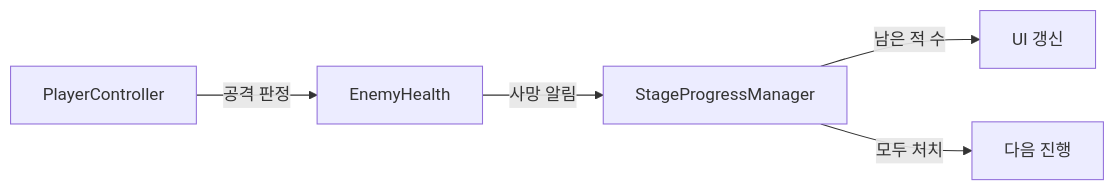
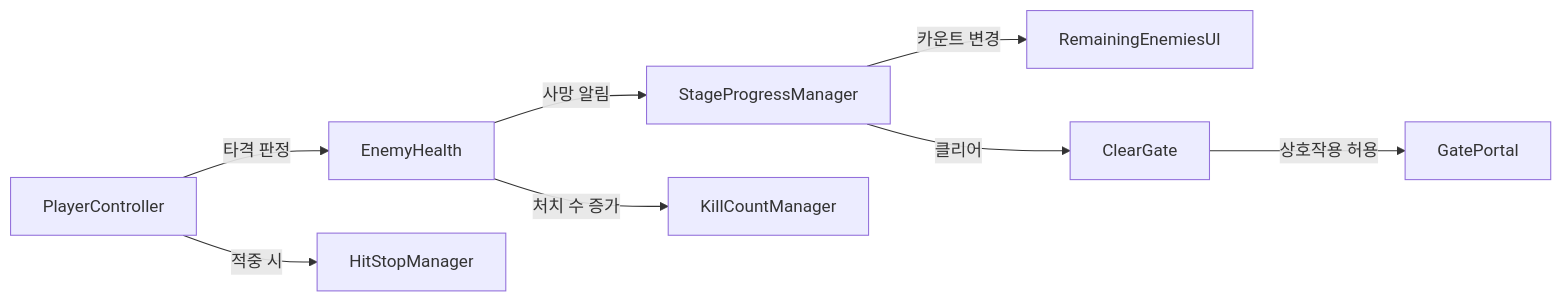
The diagram in src/2-attack-roguelike/기술문서.md (Searabbit11/portfolio), drawn with Mermaid before and after one commit. The commit also changed other lines of this file and 51 other files, not shown here.

````diff
--- a/src/2-attack-roguelike/기술문서.md
+++ b/src/2-attack-roguelike/기술문서.md
@@ -32,7 +42,10 @@
 ```mermaid
 flowchart LR
-    P["PlayerController"] -->|공격 판정| E["EnemyHealth"]
+    P["PlayerController"] -->|타격 판정| E["EnemyHealth"]
+    P -->|적중 시| H["HitStopManager"]
     E -->|사망 알림| S["StageProgressManager"]
-    S -->|남은 적 수| U["UI 갱신"]
-    S -->|모두 처치| N["다음 진행"]
+    E -->|처치 수 증가| K["KillCountManager"]
+    S -->|카운트 변경| U["RemainingEnemiesUI"]
+    S -->|클리어| G["ClearGate"]
+    G -->|상호작용 허용| N["GatePortal"]
 ```
````
